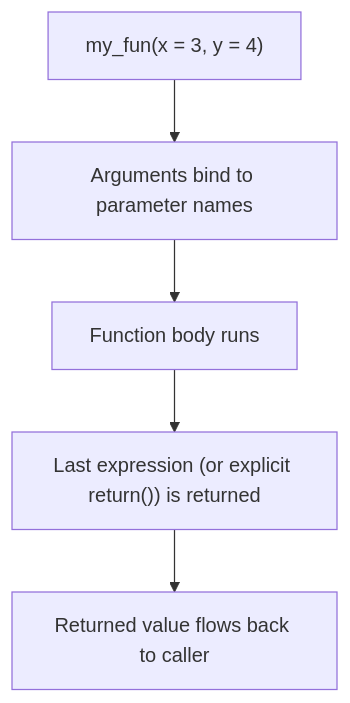
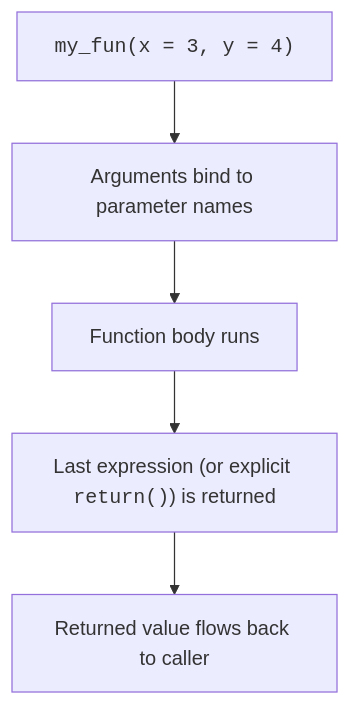
One commit to dataslope/dataslope changed the diagram in content/learn/practical-r-for-beginners/writing-your-own-functions.mdx. Above: the diagram before and after it, drawn with Mermaid. The commit also changed 218 other files, not shown here.

First line of the commit message:
Render code-only mermaid shapes in monospace; convert step sequences to Steps (#467)

````diff
--- a/content/learn/practical-r-for-beginners/writing-your-own-functions.mdx
+++ b/content/learn/practical-r-for-beginners/writing-your-own-functions.mdx
@@ -20,7 +20,7 @@
 ```mermaid
 flowchart TD
-  call["my_fun(x = 3, y = 4)"] --> args["Arguments bind to parameter names"]
+  call["<code>my_fun(x = 3, y = 4)</code>"] --> args["Arguments bind to parameter names"]
   args --> body["Function body runs"]
-  body --> ret["Last expression (or explicit return()) is returned"]
+  body --> ret["Last expression (or explicit <code>return()</code>) is returned"]
   ret --> out["Returned value flows back to caller"]
 ```
````
